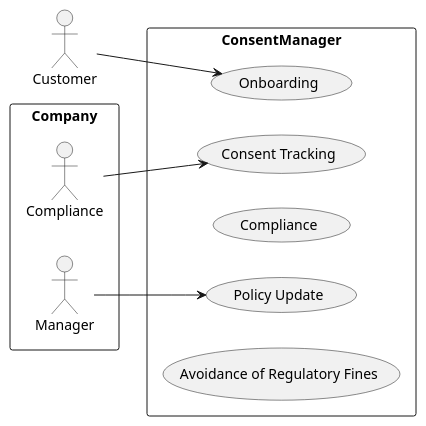
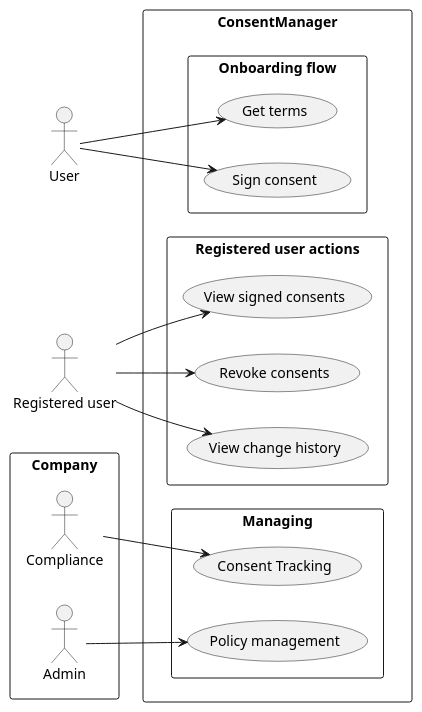
One commit to msfs11/ConsentManager changed the diagram in docs/usecase.puml. Above: the diagram before and after it, drawn with PlantUML. The commit also changed 19 other files, not shown here.

```diff
--- a/docs/usecase.puml
+++ b/docs/usecase.puml
@@ -1,23 +1,41 @@
 @startuml usecase
 left to right direction
 skinparam packageStyle rect
 
-actor Customer as user
+actor "User" as new_user
+actor "Registered user" as registered_user
 
 package Company {
     actor Compliance as c
-    actor Manager as admin
+    actor Admin as admin
 }
 
 rectangle "ConsentManager" {
-  usecase "Onboarding" as onboarding
-  usecase "Policy Update" as update
-  usecase "Compliance" as comliance
-  usecase "Consent Tracking" as tracking
-  usecase "Avoidance of Regulatory Fines" as avoidance
+  rectangle "Onboarding flow" {
+    usecase "Get terms" as terms
+    usecase "Sign consent" as sign
+  }
+
+  rectangle "Registered user actions" {
+    usecase "View signed consents" as signed
+    usecase "Revoke consents" as revoke
+    usecase "View change history" as history
+  }
+
+  rectangle "Managing" {
+    usecase "Policy management" as manage
+    usecase "Consent Tracking" as tracking    
+  }
+  
 }
 
-user --> onboarding
-admin --> update
+new_user --> terms
+new_user --> sign
+
+registered_user --> signed
+registered_user --> revoke
+registered_user --> history
+
+admin --> manage
 c --> tracking
 @enduml
```
